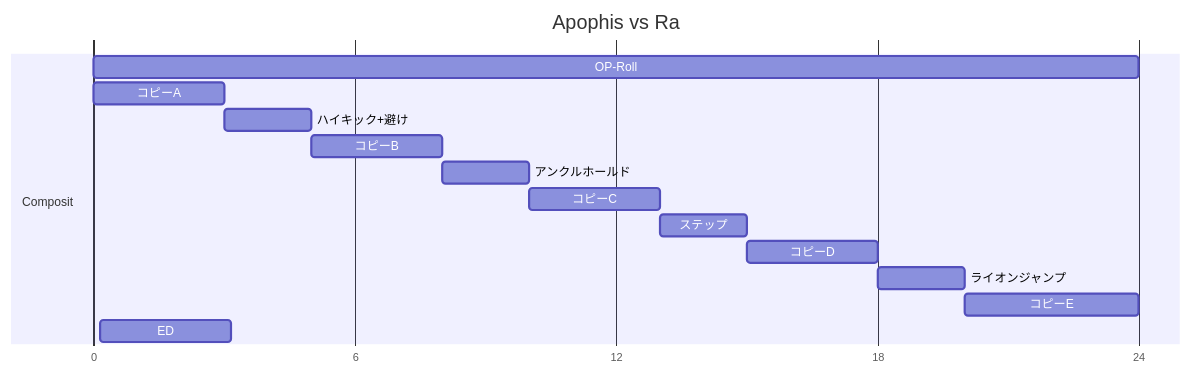
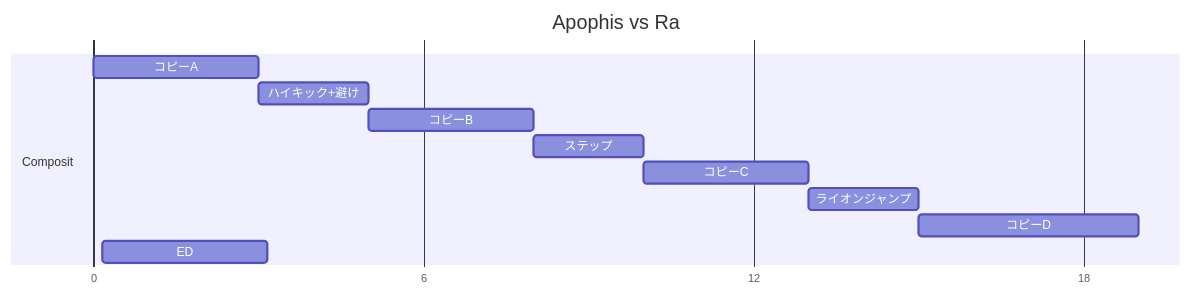
The first of 2 diagrams in README.md (4hoe8pow/Ancient), drawn with Mermaid before and after one commit. The commit also changed other lines of this file, not shown here.

````diff
--- a/README.md
+++ b/README.md
@@ -5,26 +5,23 @@
 ```mermaid
 gantt
     dateFormat  X
     axisFormat  %s
     tickInterval 6second
     title      Apophis vs Ra
     %% Unified to 97 seconds in total
 
     %% To avoid wasting time on titles like "Episode x: △△", use embedded objects in the opening scene for expression (it doesn't matter if it's unnoticed)
     %% ED === Next Episode Preview
 
     section Composit
-    OP-Roll :e0, 0, 24s
     コピーA :e1, 0, 3s
     ハイキック+避け :e2, after e1, 2s
     コピーB : e3, after e2, 3s
-    アンクルホールド :e4, after e3, 2s
+    ステップ :e4, after e3, 2s
     コピーC : e5, after e4, 3s
-    ステップ :e6, after e5, 2s
-    コピーD : e7, after e6, 3s
-    ライオンジャンプ :e8, after e7, 2s
-    コピーE : e9, after e8, 4s
+    ライオンジャンプ :e6, after e5, 2s
+    コピーD : e7, after e6, 4s
     
     ED              :157, 3s
 
 ```
````
